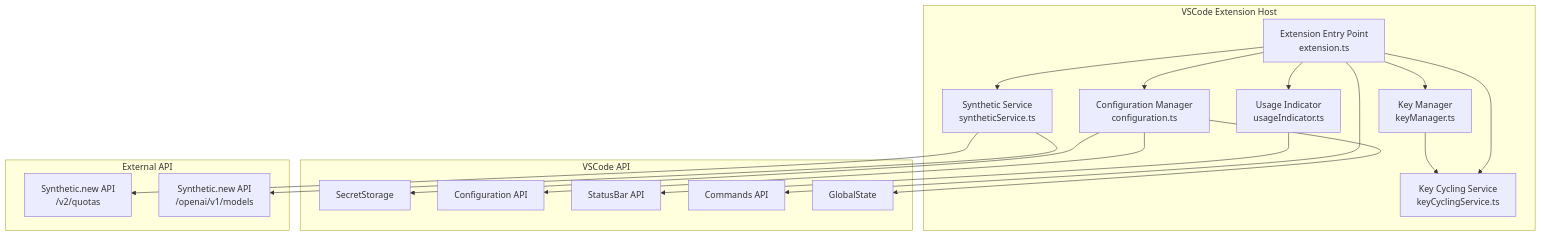
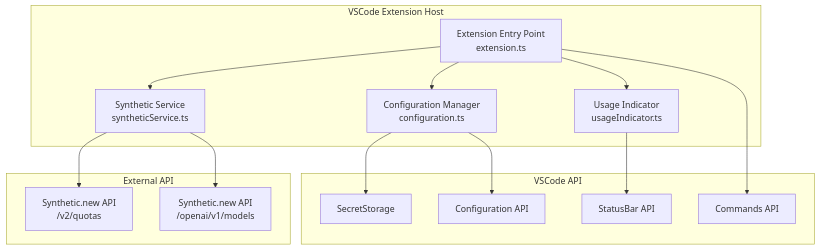
The first of 6 diagrams in docs/architecture.md (AppliedEllipsis/synthetic-usage-tracker), drawn with Mermaid before and after one commit. The commit also changed 14 other files, not shown here.

````diff
--- a/docs/architecture.md
+++ b/docs/architecture.md
@@ -11,38 +11,31 @@
 ```mermaid
 graph TB
     subgraph VSCode Extension Host
         A[Extension Entry Point<br/>extension.ts]
         B[Configuration Manager<br/>configuration.ts]
         C[Synthetic Service<br/>syntheticService.ts]
         D[Usage Indicator<br/>usageIndicator.ts]
-        E[Key Manager<br/>keyManager.ts]
-        F[Key Cycling Service<br/>keyCyclingService.ts]
     end
 
     subgraph VSCode API
         G[SecretStorage]
         H[Configuration API]
         I[StatusBar API]
         J[Commands API]
-        K[GlobalState]
     end
 
     subgraph External API
         L[Synthetic.new API<br/>/v2/quotas]
         M[Synthetic.new API<br/>/openai/v1/models]
     end
 
     A --> B
     A --> C
     A --> D
-    A --> E
-    A --> F
     B --> G
     B --> H
-    B --> K
     D --> I
     A --> J
     C --> L
     C --> M
-    E --> F
 ```
````
